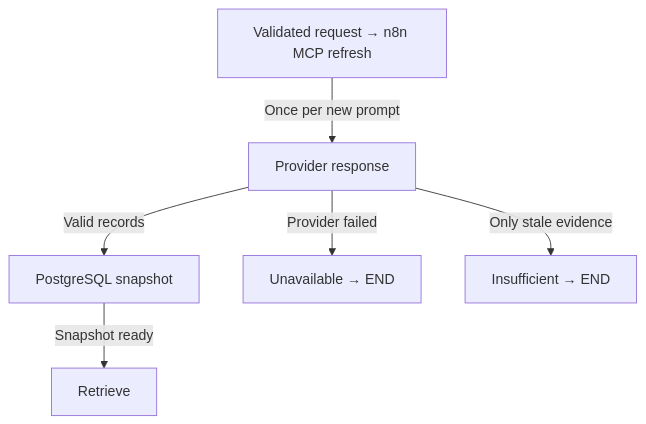
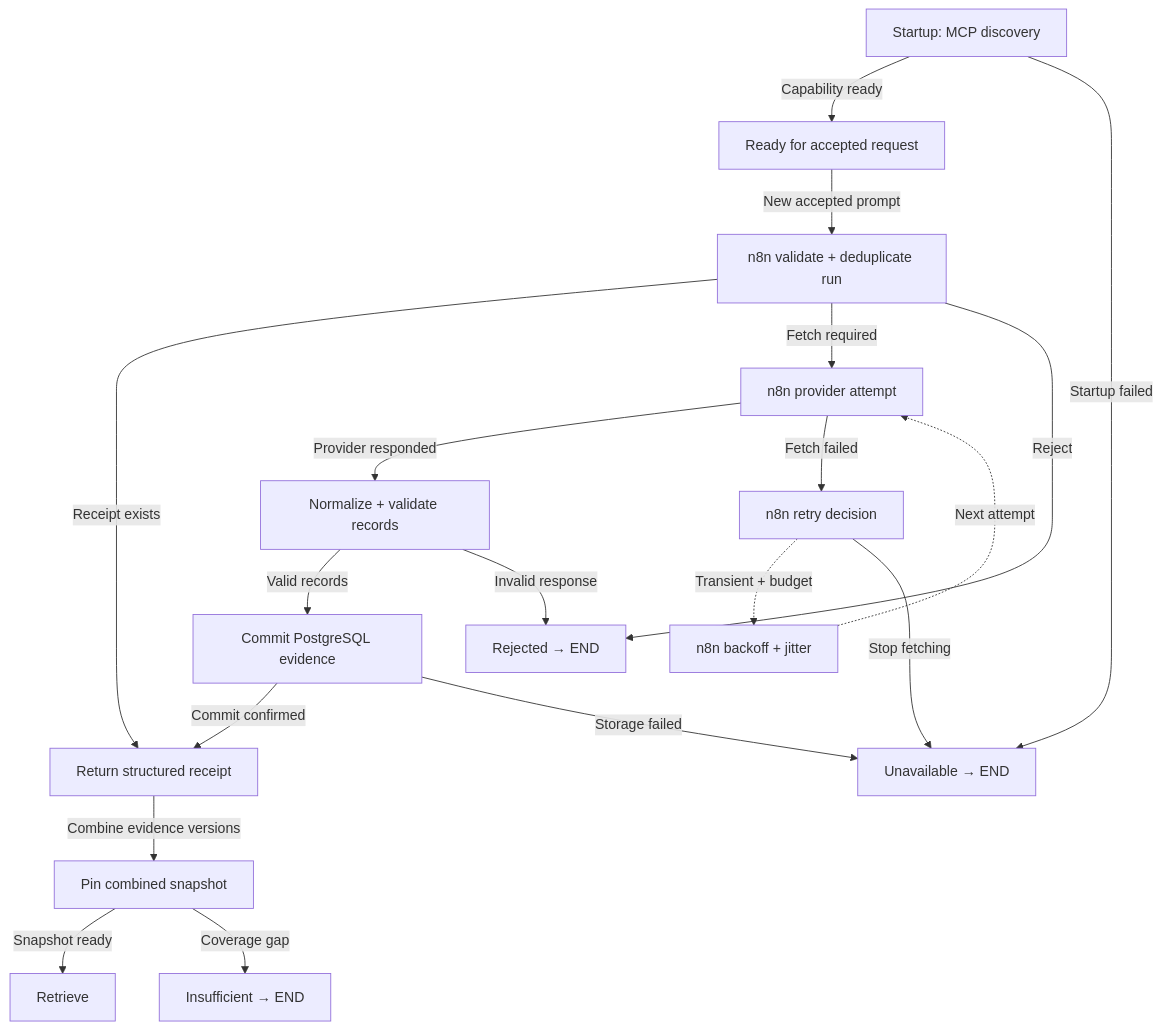
Before and after one commit to ByronHo68/ai-learning-academy: the diagram in public/downloads/finance-diagrams/sources-en.mmd, drawn with Mermaid. The commit also changed 36 other files, not shown here.

```diff
--- a/public/downloads/finance-diagrams/sources-en.mmd
+++ b/public/downloads/finance-diagrams/sources-en.mmd
@@ -1,12 +1,33 @@
 flowchart TD
-  n0["Validated request → n8n MCP refresh"]
-  n1["Provider response"]
-  n2["PostgreSQL snapshot"]
-  n3["Unavailable → END"]
-  n4["Insufficient → END"]
-  n5["Retrieve"]
-  n0 -- "Once per new prompt" --> n1
-  n1 -- "Valid records" --> n2
-  n1 -- "Provider failed" --> n3
-  n1 -- "Only stale evidence" --> n4
-  n2 -- "Snapshot ready" --> n5
+  n0["Startup: MCP discovery"]
+  n1["Ready for accepted request"]
+  n2["Unavailable → END"]
+  n3["n8n validate + deduplicate run"]
+  n4["Return structured receipt"]
+  n5["n8n provider attempt"]
+  n6["Rejected → END"]
+  n7["Normalize + validate records"]
+  n8["n8n retry decision"]
+  n9["n8n backoff + jitter"]
+  n10["Commit PostgreSQL evidence"]
+  n11["Pin combined snapshot"]
+  n12["Retrieve"]
+  n13["Insufficient → END"]
+  n0 -- "Capability ready" --> n1
+  n0 -- "Startup failed" --> n2
+  n1 -- "New accepted prompt" --> n3
+  n3 -- "Receipt exists" --> n4
+  n3 -- "Fetch required" --> n5
+  n3 -- "Reject" --> n6
+  n5 -- "Provider responded" --> n7
+  n5 -- "Fetch failed" --> n8
+  n8 -. "Transient + budget" .-> n9
+  n9 -. "Next attempt" .-> n5
+  n8 -- "Stop fetching" --> n2
+  n7 -- "Valid records" --> n10
+  n7 -- "Invalid response" --> n6
+  n10 -- "Commit confirmed" --> n4
+  n10 -- "Storage failed" --> n2
+  n4 -- "Combine evidence versions" --> n11
+  n11 -- "Snapshot ready" --> n12
+  n11 -- "Coverage gap" --> n13
```
